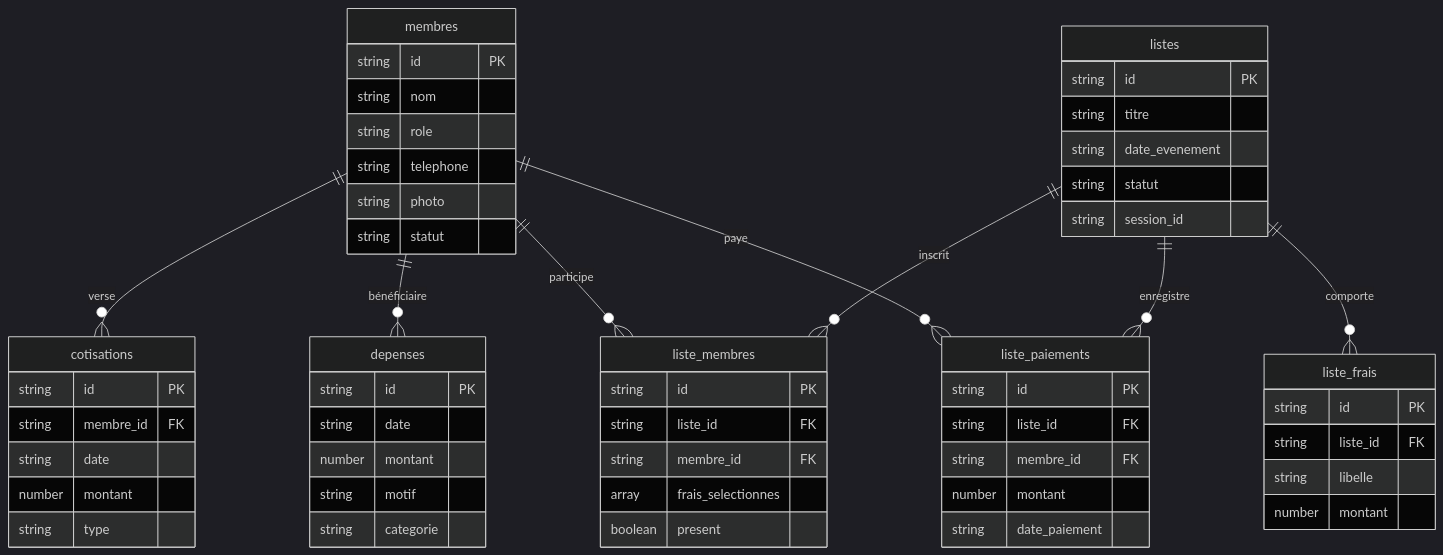
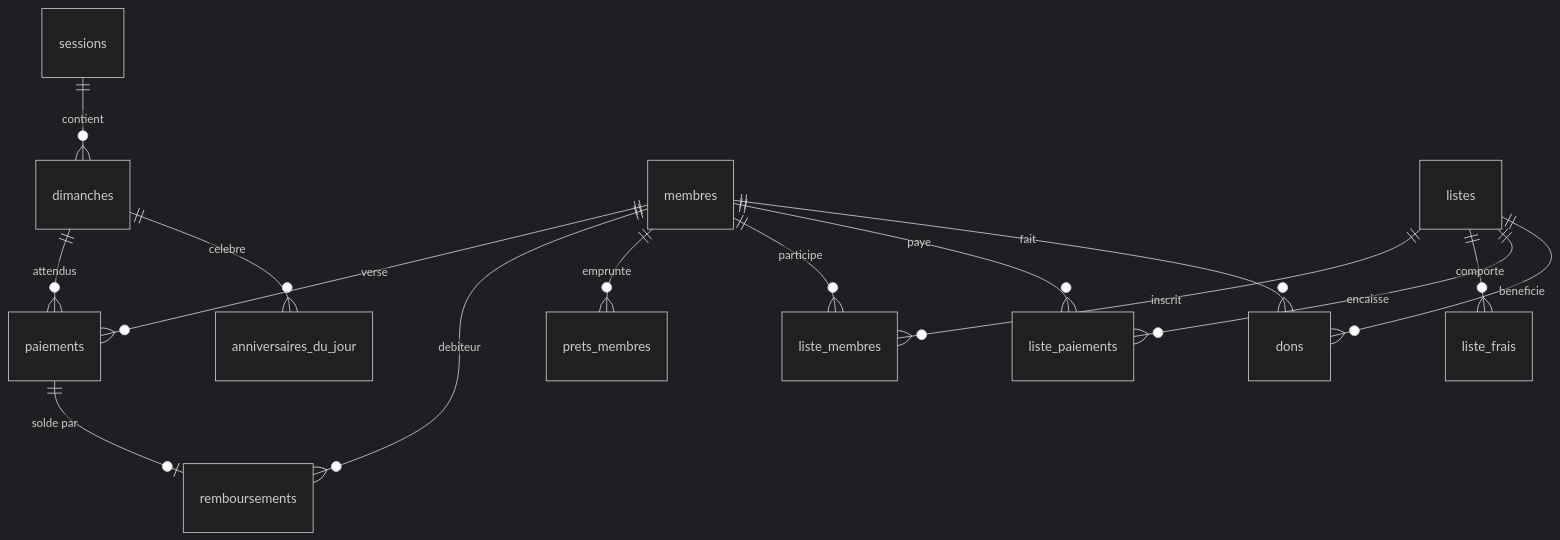
One commit to afanouerwin40-tech/M3D changed the diagram in docs/ARCHITECTURE.md. Above: the diagram before and after it, drawn with Mermaid (dark theme). The commit also changed other lines of this file and 24 other files, not shown here.

````diff
--- a/docs/ARCHITECTURE.md
+++ b/docs/ARCHITECTURE.md
@@ -82,60 +172,17 @@
 ```mermaid
 erDiagram
-    membres ||--o{ cotisations : "verse"
-    membres ||--o{ depenses : "bénéficiaire"
+    sessions ||--o{ dimanches : "contient"
+    dimanches ||--o{ paiements : "attendus"
+    dimanches ||--o{ anniversaires_du_jour : "celebre"
+    membres ||--o{ paiements : "verse"
+    paiements ||--o| remboursements : "solde par"
+    membres ||--o{ remboursements : "debiteur"
+    membres ||--o{ prets_membres : "emprunte"
     membres ||--o{ liste_membres : "participe"
     membres ||--o{ liste_paiements : "paye"
+    membres ||--o{ dons : "fait"
+    listes ||--o{ liste_membres : "inscrit"
     listes ||--o{ liste_frais : "comporte"
-    listes ||--o{ liste_membres : "inscrit"
-    listes ||--o{ liste_paiements : "enregistre"
-
-    membres {
-        string id PK
-        string nom
-        string role
-        string telephone
-        string photo
-        string statut
-    }
-    cotisations {
-        string id PK
-        string membre_id FK
-        string date
-        number montant
-        string type
-    }
-    depenses {
-        string id PK
-        string date
-        number montant
-        string motif
-        string categorie
-    }
-    listes {
-        string id PK
-        string titre
-        string date_evenement
-        string statut
-        string session_id
-    }
-    liste_frais {
-        string id PK
-        string liste_id FK
-        string libelle
-        number montant
-    }
-    liste_membres {
-        string id PK
-        string liste_id FK
-        string membre_id FK
-        array frais_selectionnes
-        boolean present
-    }
-    liste_paiements {
-        string id PK
-        string liste_id FK
-        string membre_id FK
-        number montant
-        string date_paiement
-    }
+    listes ||--o{ liste_paiements : "encaisse"
+    listes ||--o{ dons : "beneficie"
 ```
````
